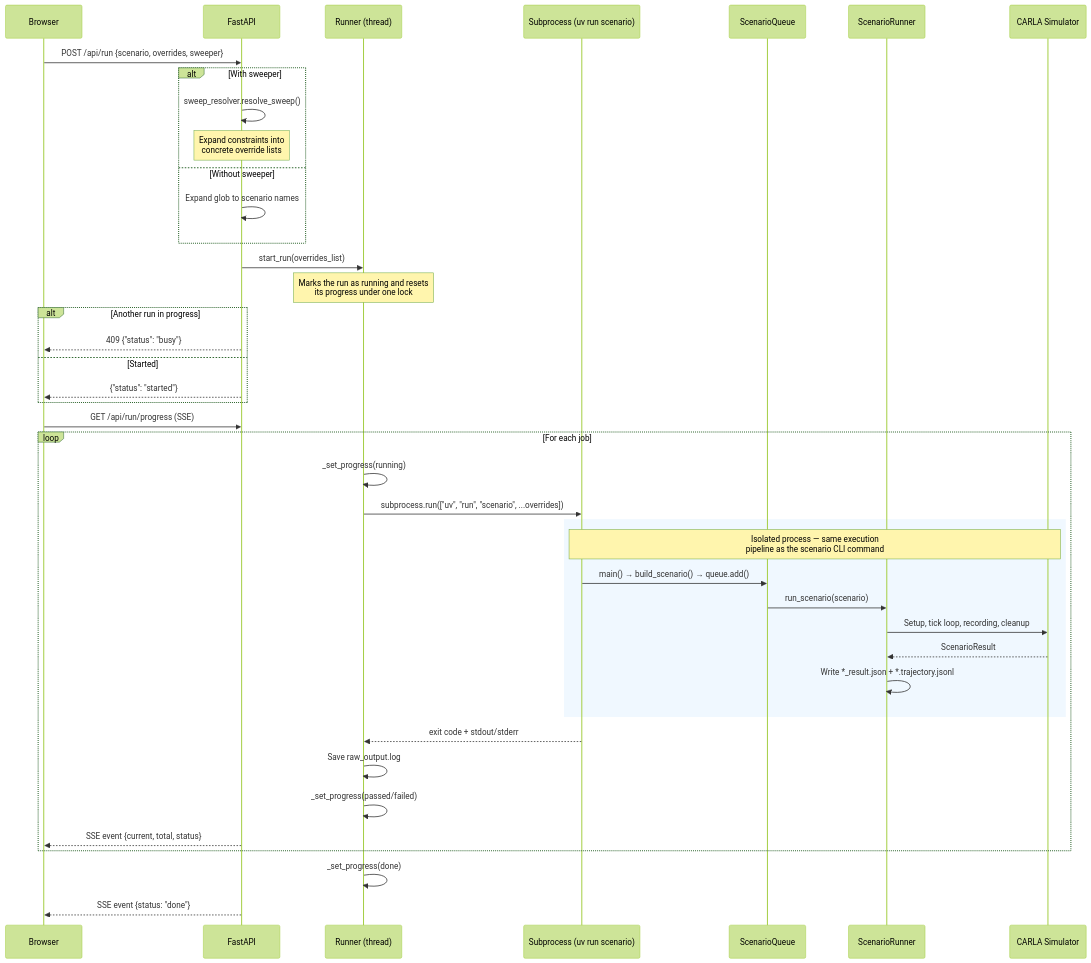
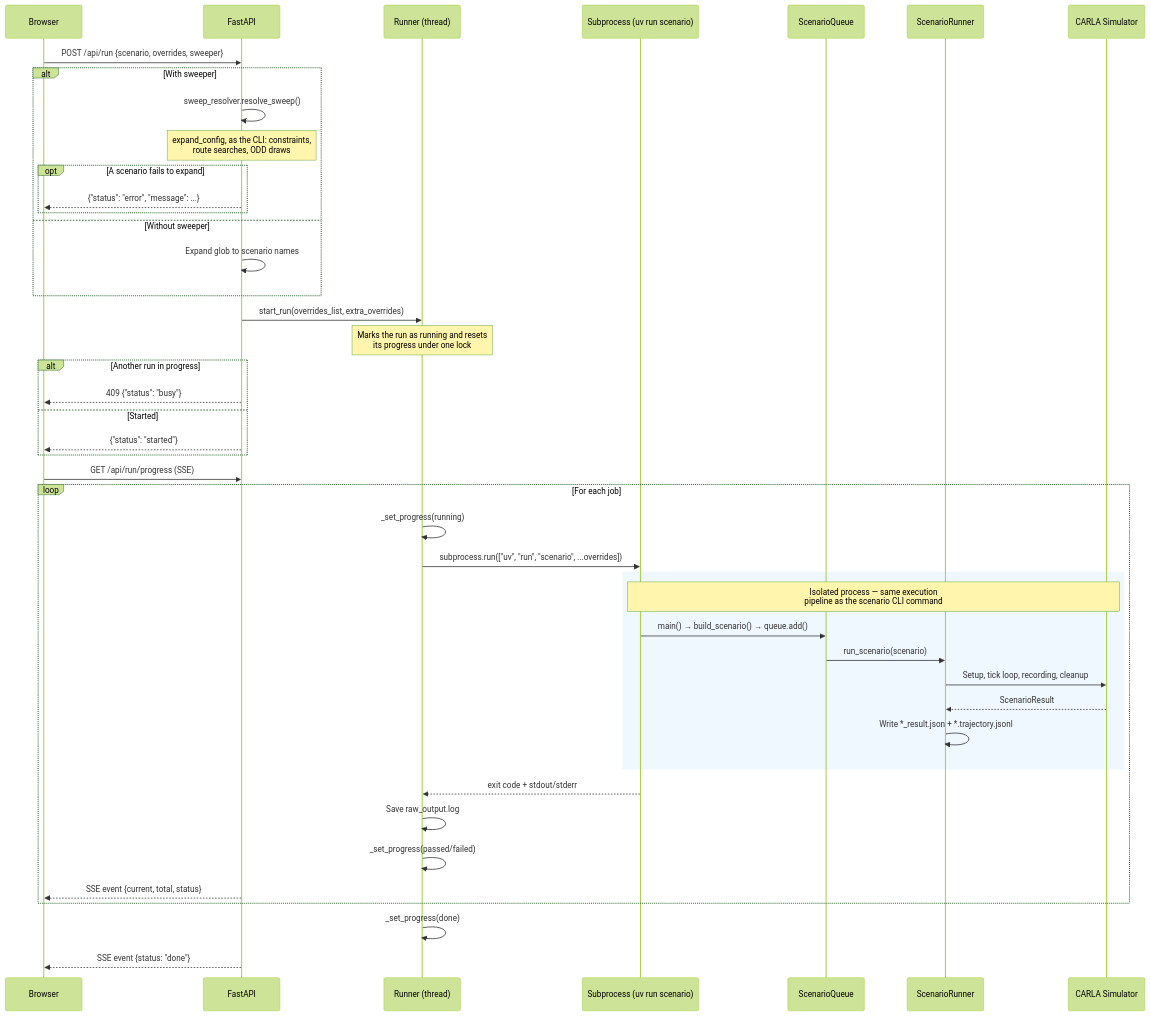
One commit to autowarefoundation/autoware_carla_scenario changed the ninth of 13 diagrams in autoware_carla_scenario/docs/architecture.md. Above: the diagram before and after it, drawn with Mermaid (forest theme). The commit also changed other lines of this file and 8 other files, not shown here.

````diff
--- a/autoware_carla_scenario/docs/architecture.md
+++ b/autoware_carla_scenario/docs/architecture.md
@@ -894,51 +894,54 @@
 ```mermaid
 sequenceDiagram
     participant B as Browser
     participant A as FastAPI
     participant R as Runner (thread)
     participant S as Subprocess (uv run scenario)
     participant SQ as ScenarioQueue
     participant SR as ScenarioRunner
     participant C as CARLA Simulator
 
     B->>A: POST /api/run {scenario, overrides, sweeper}
 
     alt With sweeper
         A->>A: sweep_resolver.resolve_sweep()
-        Note over A: Expand constraints into<br/>concrete override lists
+        Note over A: expand_config, as the CLI: constraints,<br/>route searches, ODD draws
+        opt A scenario fails to expand
+            A-->>B: {"status": "error", "message": ...}
+        end
     else Without sweeper
         A->>A: Expand glob to scenario names
     end
 
-    A->>R: start_run(overrides_list)
+    A->>R: start_run(overrides_list, extra_overrides)
     Note over R: Marks the run as running and resets<br/>its progress under one lock
     alt Another run in progress
         A-->>B: 409 {"status": "busy"}
     else Started
         A-->>B: {"status": "started"}
     end
 
     B->>A: GET /api/run/progress (SSE)
 
     loop For each job
         R->>R: _set_progress(running)
         R->>S: subprocess.run(["uv", "run", "scenario", ...overrides])
 
         rect rgb(240, 248, 255)
             Note over S,C: Isolated process — same execution<br/>pipeline as the scenario CLI command
             S->>SQ: main() → build_scenario() → queue.add()
             SQ->>SR: run_scenario(scenario)
             SR->>C: Setup, tick loop, recording, cleanup
             C-->>SR: ScenarioResult
             SR->>SR: Write *_result.json + *.trajectory.jsonl
         end
 
         S-->>R: exit code + stdout/stderr
         R->>R: Save raw_output.log
         R->>R: _set_progress(passed/failed)
         A-->>B: SSE event {current, total, status}
     end
 
     R->>R: _set_progress(done)
     A-->>B: SSE event {status: "done"}
 ```
````
